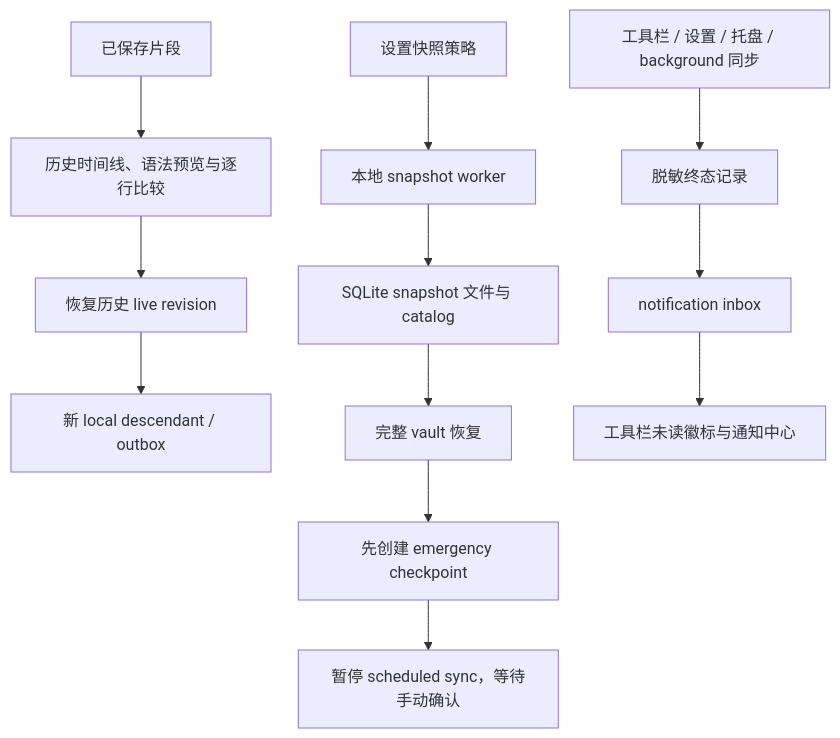
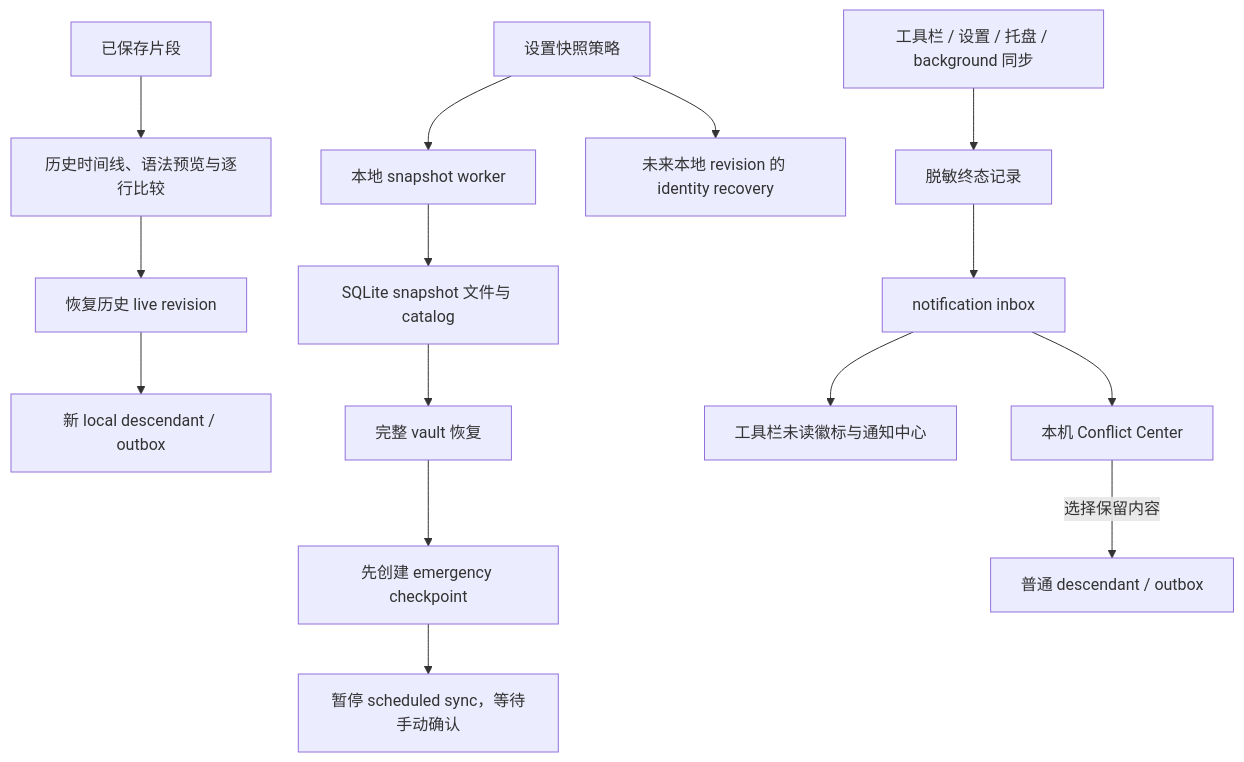
Before and after one commit to rainerosion/snipvault: the diagram in docs/feature-roadmap.md, drawn with Mermaid. The commit also changed other lines of this file and 27 other files, not shown here.

````diff
--- a/docs/feature-roadmap.md
+++ b/docs/feature-roadmap.md
@@ -29,16 +31,19 @@
 ```mermaid
 flowchart TD
     EDITOR[已保存片段] --> HISTORY[历史时间线、语法预览与逐行比较]
     HISTORY --> RESTORE_REVISION[恢复历史 live revision]
     RESTORE_REVISION --> DESCENDANT[新 local descendant / outbox]
 
     SETTINGS[设置快照策略] --> WORKER[本地 snapshot worker]
     WORKER --> CATALOG[SQLite snapshot 文件与 catalog]
     CATALOG --> RESTORE_VAULT[完整 vault 恢复]
     RESTORE_VAULT --> EMERGENCY[先创建 emergency checkpoint]
     EMERGENCY --> LATCH[暂停 scheduled sync，等待手动确认]
 
     SYNC[工具栏 / 设置 / 托盘 / background 同步] --> TERMINAL[脱敏终态记录]
     TERMINAL --> INBOX[notification inbox]
     INBOX --> BADGE[工具栏未读徽标与通知中心]
+    INBOX --> CONFLICTS[本机 Conflict Center]
+    CONFLICTS -->|选择保留内容| OUTBOX[普通 descendant / outbox]
+    SETTINGS --> IDENTITY[未来本地 revision 的 identity recovery]
 ```
````
